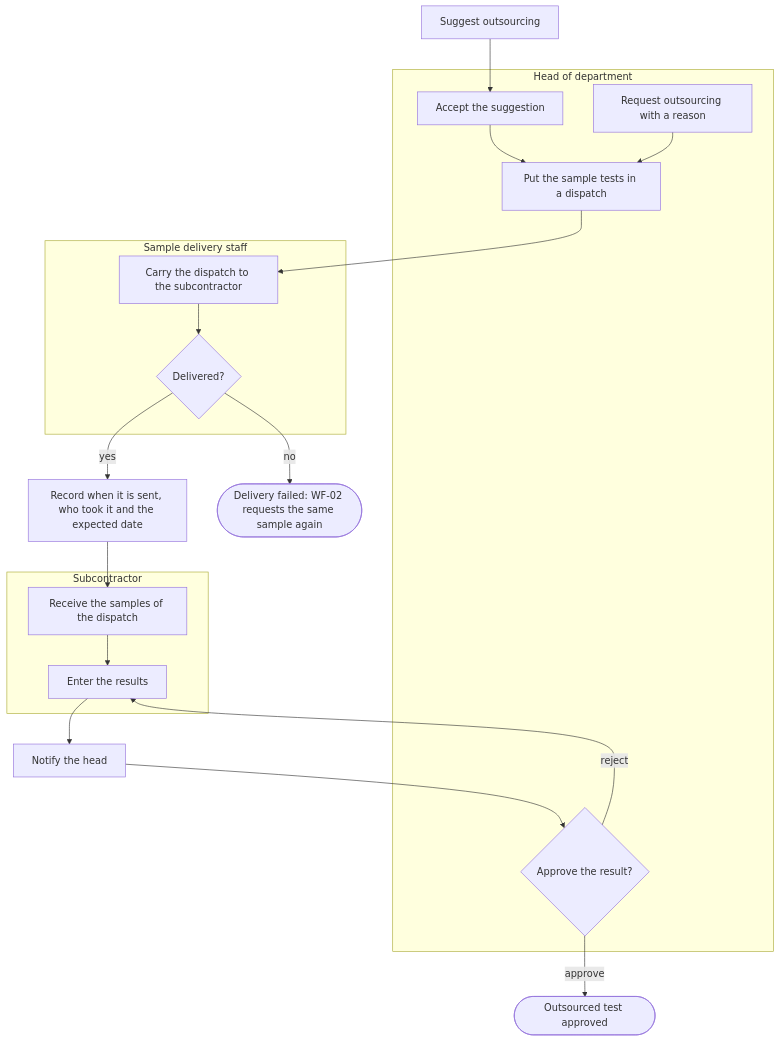
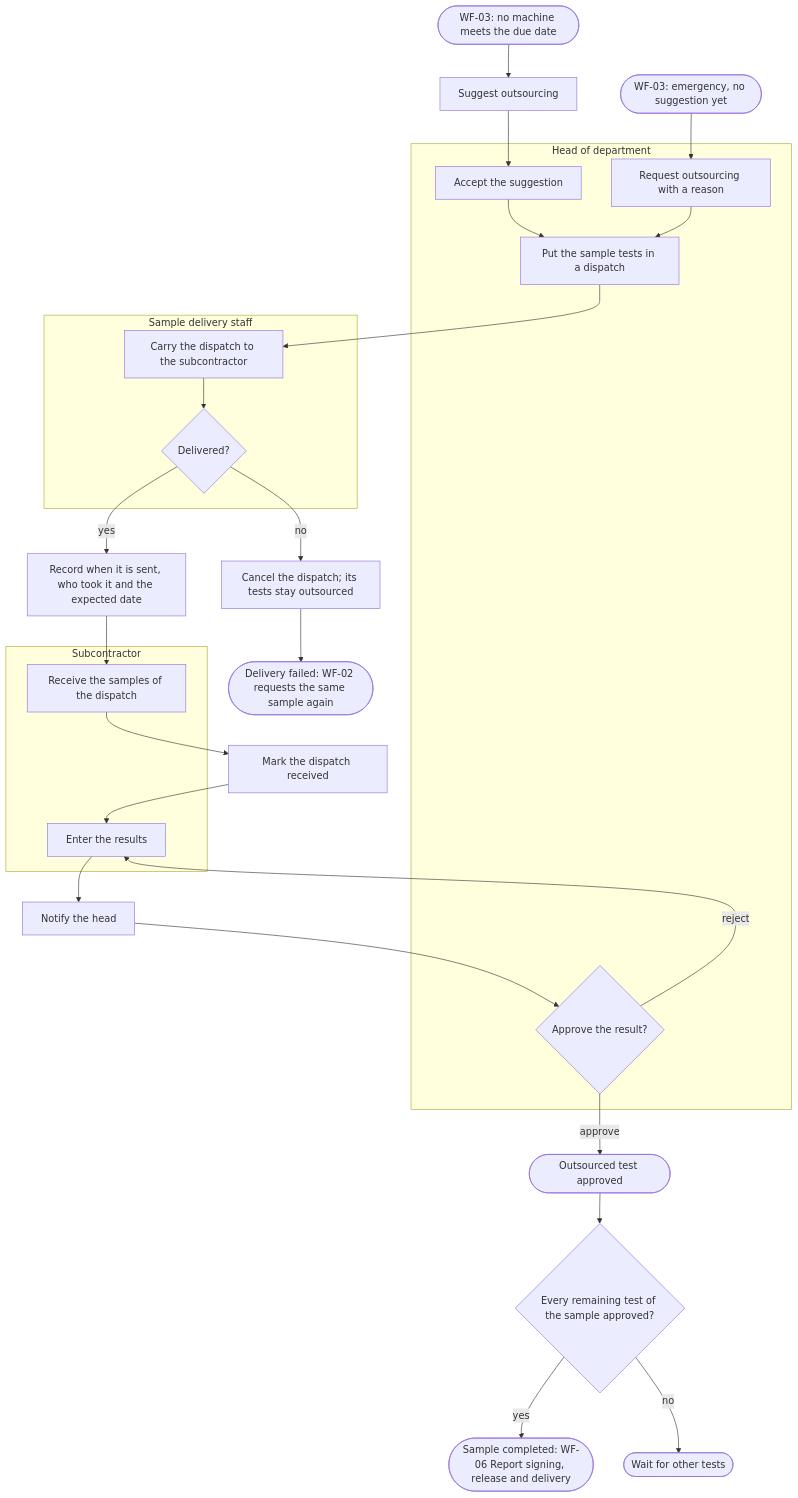
Before and after one commit to SoltuneMontepre/medilab: the fifth of 17 diagrams in docs/functional/business-flows.md, drawn with Mermaid. The commit also changed other lines of this file and 6 other files, not shown here.

Commit message:
[docs] Settle subcontract receipt, failed deliveries, lapsed accreditation and cancelled outsourced tests

````diff
--- a/docs/functional/business-flows.md
+++ b/docs/functional/business-flows.md
@@ -257,22 +258,28 @@
 ```mermaid
 flowchart TD
     suggest[Suggest outsourcing]
     subgraph lane12 ["Head of department"]
         h1[Accept the suggestion] --> h2[Put the sample tests in a dispatch]
         h0[Request outsourcing with a reason] --> h2
         h4{Approve the result?}
     end
     subgraph lane13 ["Sample delivery staff"]
         d1[Carry the dispatch to the subcontractor] --> delivered{Delivered?}
     end
     subgraph lane14 ["Subcontractor"]
-        s1[Receive the samples of the dispatch] --> s2[Enter the results]
+        s1[Receive the samples of the dispatch]
+        s2[Enter the results]
     end
-    suggest --> h1
+    wf03([WF-03: no machine meets the due date]) --> suggest --> h1
+    urgent([WF-03: emergency, no suggestion yet]) --> h0
     h2 --> d1
     delivered -->|yes| sent[Record when it is sent, who took it and the expected date] --> s1
-    delivered -->|no| wf02([Delivery failed: WF-02 requests the same sample again])
+    delivered -->|no| cancel[Cancel the dispatch; its tests stay outsourced] --> wf02([Delivery failed: WF-02 requests the same sample again])
+    s1 --> received[Mark the dispatch received] --> s2
     s2 --> notify[Notify the head] --> h4
     h4 -->|reject| s2
     h4 -->|approve| done([Outsourced test approved])
+    done --> every{Every remaining test of the sample approved?}
+    every -->|yes| wf06([Sample completed: WF-06 Report signing, release and delivery])
+    every -->|no| wait([Wait for other tests])
 ```
````
